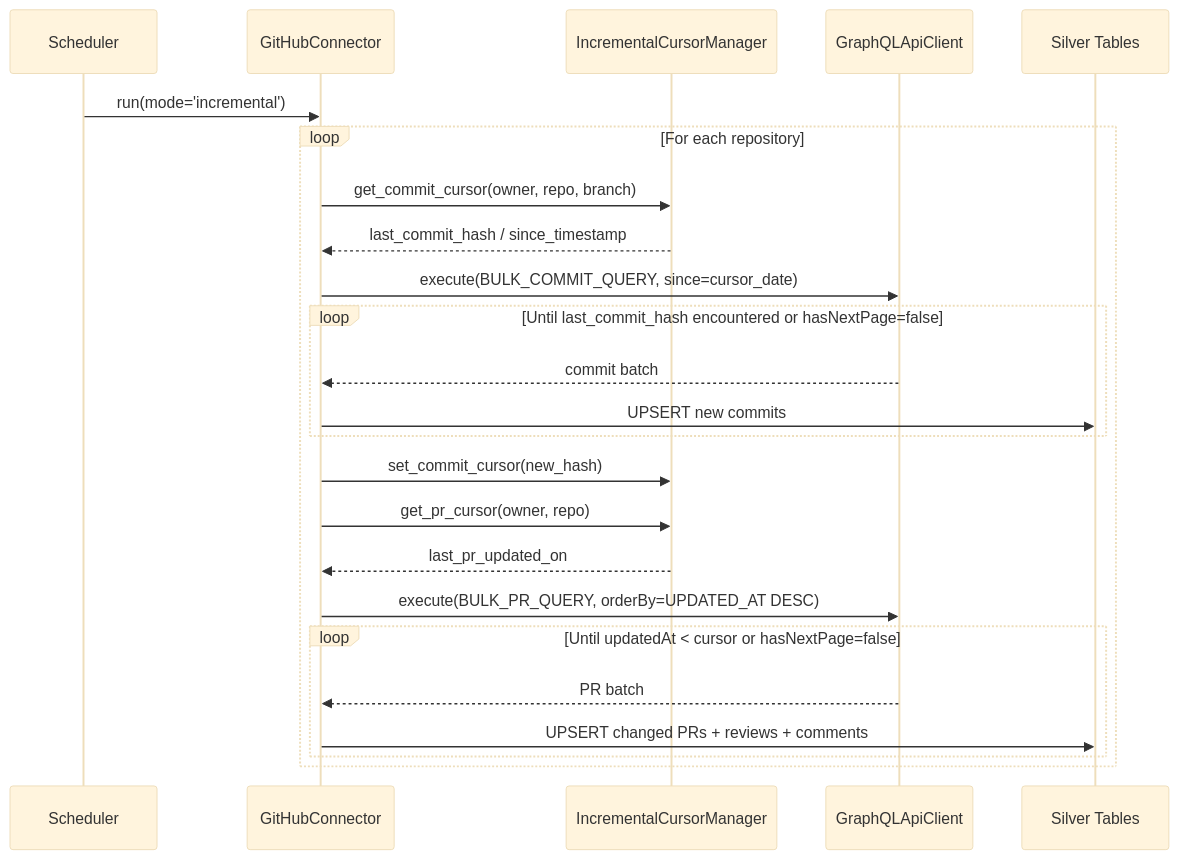
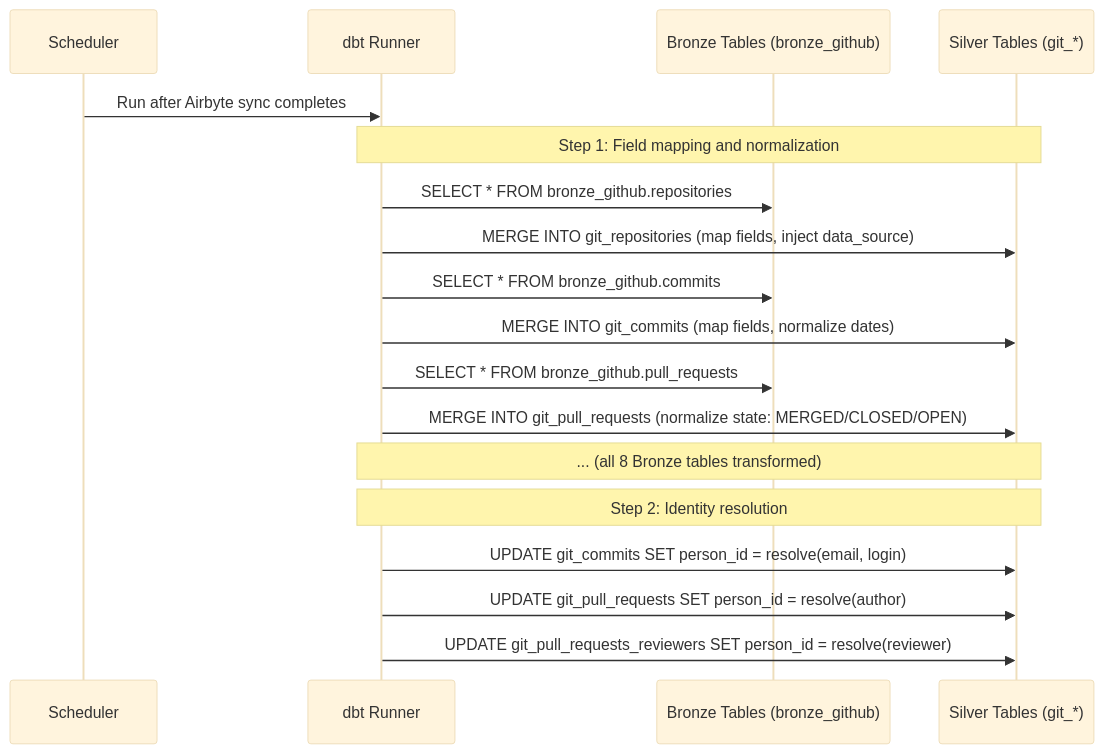
One commit to mitasovr/insight-spec changed the second of 3 diagrams in docs/components/connectors/git/github/specs/DESIGN.md. Above: the diagram before and after it, drawn with Mermaid (base theme). The commit also changed other lines of this file and 24 other files, not shown here.

First line of the commit message:
Add GitHub connector (Airbyte Python CDK) (#57)

````diff
--- a/docs/components/connectors/git/github/specs/DESIGN.md
+++ b/docs/components/connectors/git/github/specs/DESIGN.md
@@ -582,28 +593,22 @@
 ```mermaid
 sequenceDiagram
     participant Scheduler
-    participant Connector as GitHubConnector
-    participant Cursor as IncrementalCursorManager
-    participant GQL as GraphQLApiClient
-    participant DB as Silver Tables
+    participant dbt as dbt Runner
+    participant Bronze as Bronze Tables (bronze_github)
+    participant Silver as Silver Tables (git_*)
 
-    Scheduler ->> Connector: run(mode='incremental')
-    loop For each repository
-        Connector ->> Cursor: get_commit_cursor(owner, repo, branch)
-        Cursor -->> Connector: last_commit_hash / since_timestamp
-        Connector ->> GQL: execute(BULK_COMMIT_QUERY, since=cursor_date)
-        loop Until last_commit_hash encountered or hasNextPage=false
-            GQL -->> Connector: commit batch
-            Connector ->> DB: UPSERT new commits
-        end
-        Connector ->> Cursor: set_commit_cursor(new_hash)
+    Scheduler ->> dbt: Run after Airbyte sync completes
+    Note over dbt,Silver: Step 1: Field mapping and normalization
+    dbt ->> Bronze: SELECT * FROM bronze_github.repositories
+    dbt ->> Silver: MERGE INTO git_repositories (map fields, inject data_source)
+    dbt ->> Bronze: SELECT * FROM bronze_github.commits
+    dbt ->> Silver: MERGE INTO git_commits (map fields, normalize dates)
+    dbt ->> Bronze: SELECT * FROM bronze_github.pull_requests
+    dbt ->> Silver: MERGE INTO git_pull_requests (normalize state: MERGED/CLOSED/OPEN)
+    Note over dbt,Silver: ... (all 8 Bronze tables transformed)
 
-        Connector ->> Cursor: get_pr_cursor(owner, repo)
-        Cursor -->> Connector: last_pr_updated_on
-        Connector ->> GQL: execute(BULK_PR_QUERY, orderBy=UPDATED_AT DESC)
-        loop Until updatedAt < cursor or hasNextPage=false
-            GQL -->> Connector: PR batch
-            Connector ->> DB: UPSERT changed PRs + reviews + comments
-        end
-    end
+    Note over dbt,Silver: Step 2: Identity resolution
+    dbt ->> Silver: UPDATE git_commits SET person_id = resolve(email, login)
+    dbt ->> Silver: UPDATE git_pull_requests SET person_id = resolve(author)
+    dbt ->> Silver: UPDATE git_pull_requests_reviewers SET person_id = resolve(reviewer)
 ```
````
